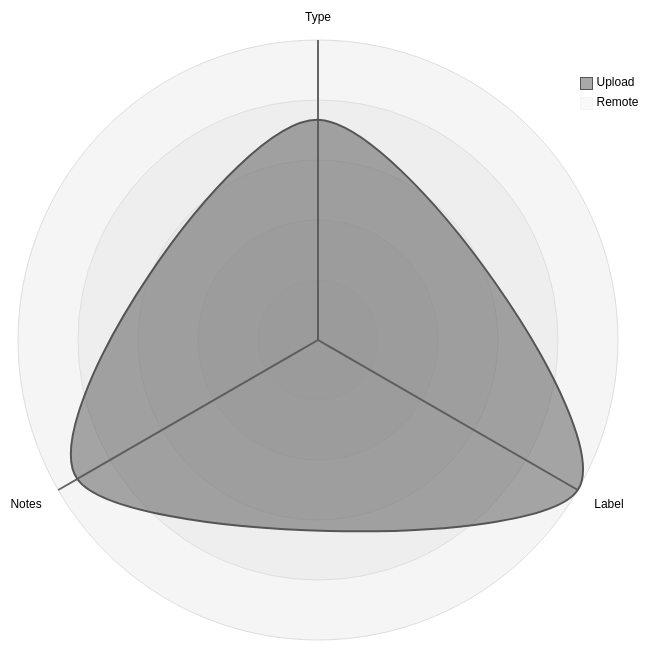
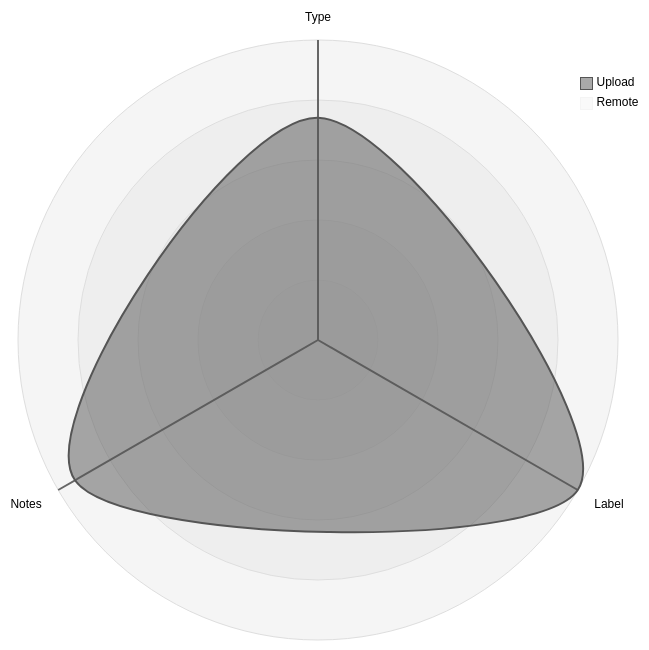
The third of 5 diagrams in datastore_tracker/README.md (open-data/analytics-corporate-reporting), drawn with Mermaid (neutral theme) before and after one commit. The commit also changed 7 other files, not shown here.

````diff
--- a/datastore_tracker/README.md
+++ b/datastore_tracker/README.md
@@ -107,12 +107,12 @@
 ```mermaid
 radar-beta
   axis T["Type"], L["Label"], N["Notes"]
-  curve u["Upload"]{0.0008, 0.00109, 0.00101}
+  curve u["Upload"]{0.0008, 0.00108, 0.00101}
   curve r["Remote"]{0, 0, 0}
 
   showLegend true
 
   min 0
   graticule circle
   ticks 5
 ```
````
